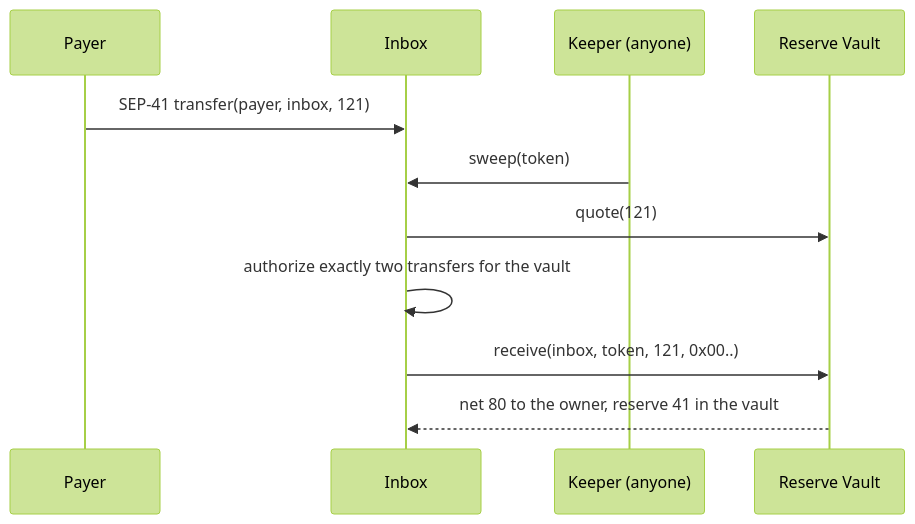
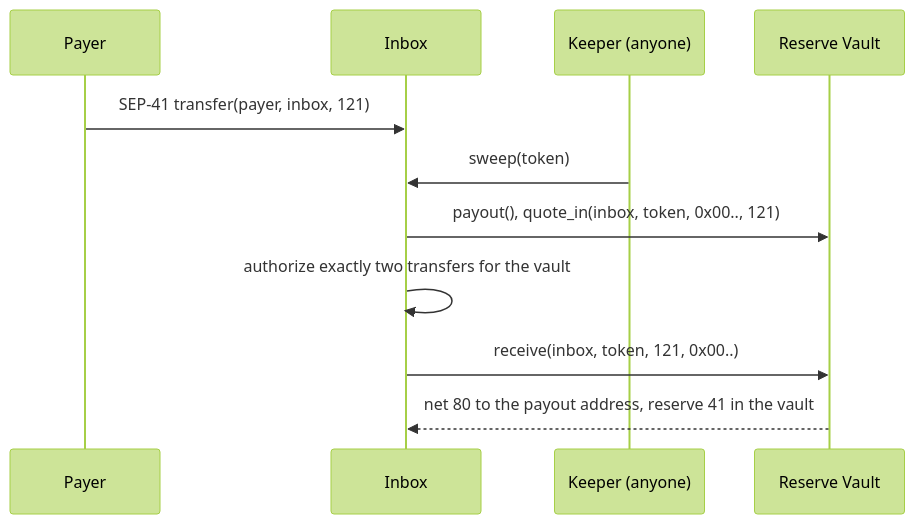
Before and after one commit to arturete58-sys/kyros2.0: the second of 5 diagrams in docs/architecture.md, drawn with Mermaid (forest theme). The commit also changed other lines of this file and 87 other files, not shown here.

First line of the commit message:
Fixed fee per period, reserve deposits, payout address, input VAT netting, mixed-payer alert, monotributo

````diff
--- a/docs/architecture.md
+++ b/docs/architecture.md
@@ -39,13 +39,13 @@
 ```mermaid
 sequenceDiagram
   participant P as Payer
   participant I as Inbox
   participant K as Keeper (anyone)
   participant V as Reserve Vault
   P->>I: SEP-41 transfer(payer, inbox, 121)
   K->>I: sweep(token)
-  I->>V: quote(121)
+  I->>V: payout(), quote_in(inbox, token, 0x00.., 121)
   I->>I: authorize exactly two transfers for the vault
   I->>V: receive(inbox, token, 121, 0x00..)
-  V-->>I: net 80 to the owner, reserve 41 in the vault
+  V-->>I: net 80 to the payout address, reserve 41 in the vault
 ```
````
